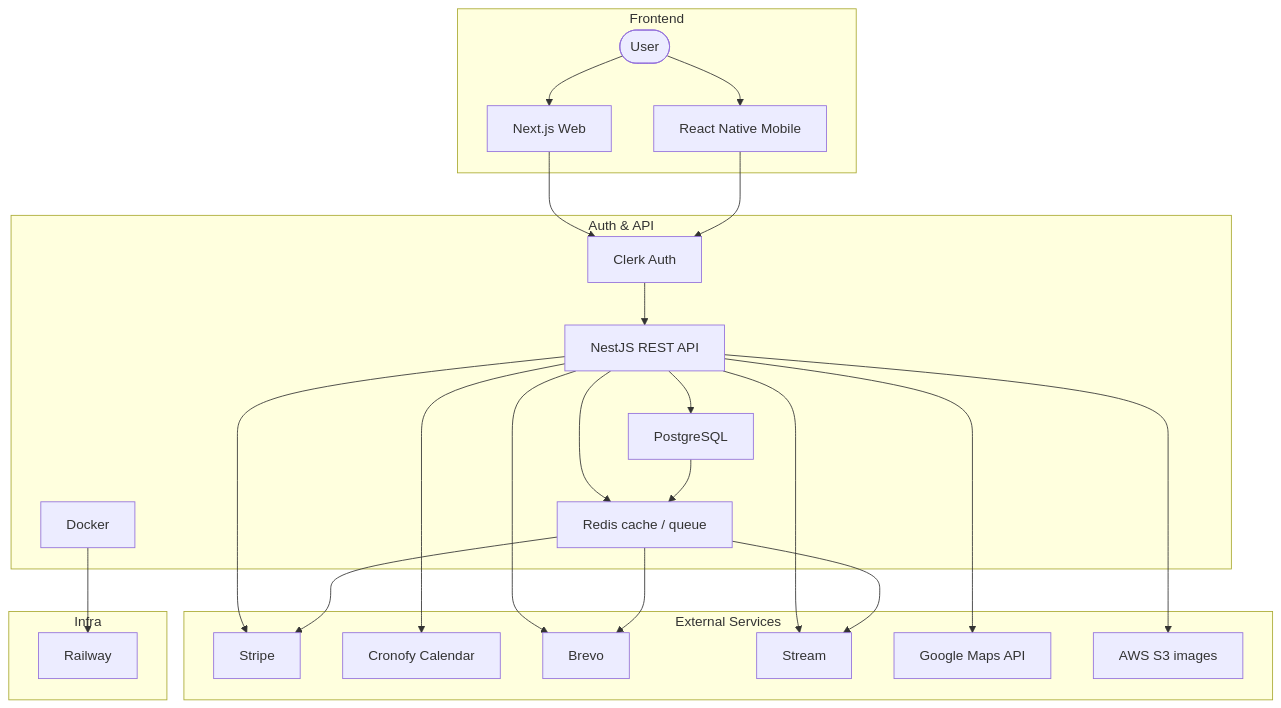
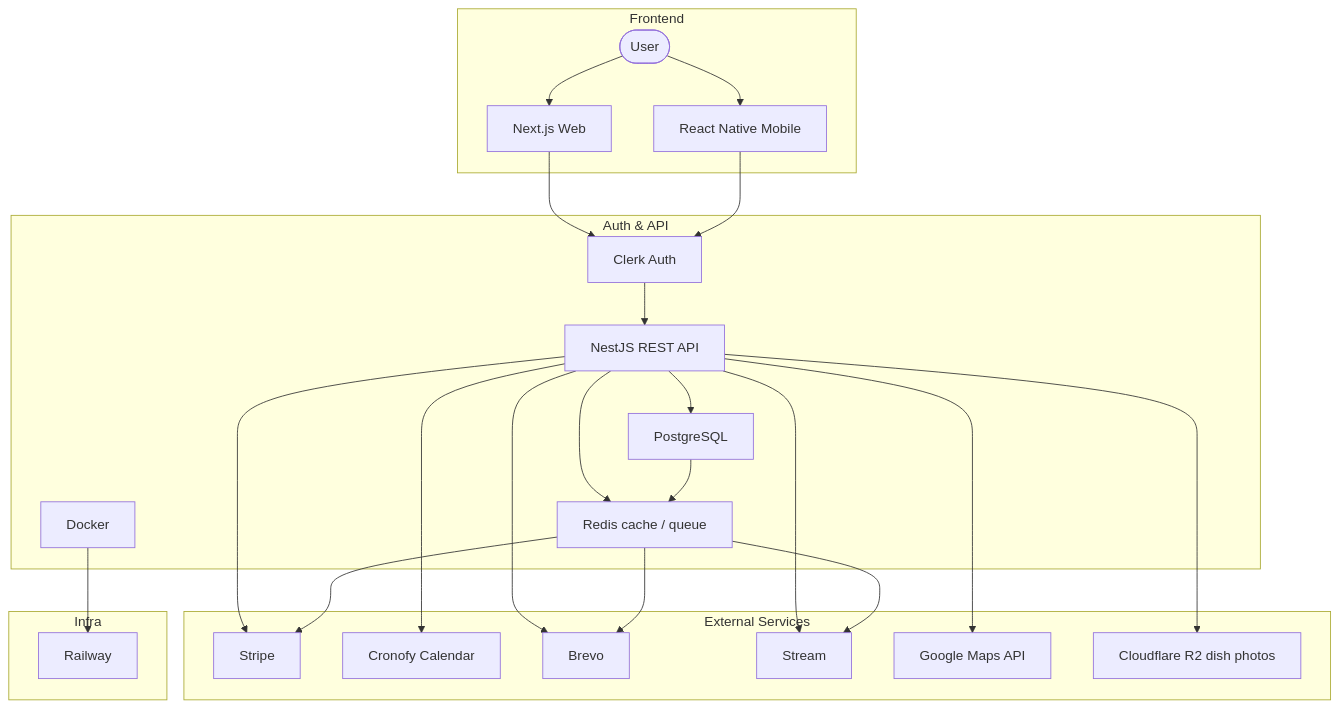
Before and after one commit to LabsFood/LF-BackEnd: the diagram in README.md, drawn with Mermaid. The commit also changed other lines of this file and 10 other files, not shown here.

First line of the commit message:
chore: drop AWS S3 config in favour of Cloudflare R2

````diff
--- a/README.md
+++ b/README.md
@@ -48,48 +48,48 @@
 ```mermaid
 graph TD
     subgraph Frontend
         A([User])
         B[Next.js Web]
         C[React Native Mobile]
     end
 
     subgraph Auth_and_API["Auth & API"]
         D[Clerk Auth]
         E[NestJS REST API]
         F[Docker]
         G[Redis cache / queue]
         H[PostgreSQL]
     end
 
     subgraph External_Services["External Services"]
         I[Stripe]
         J[Cronofy Calendar]
         K[Brevo]
         L[Stream]
         M[Google Maps API]
-        N[AWS S3 images]
+        N[Cloudflare R2 dish photos]
     end
 
     subgraph Infra
         O[Railway]
     end
 
     A --> B
     A --> C
     B --> D
     C --> D
     D --> E
     E --> H
     E --> G
     E --> I
     E --> J
     E --> K
     E --> L
     E --> M
     E --> N
     G --> K
     G --> L
     G --> I
     H --> G
     F --> O
 ```
````
